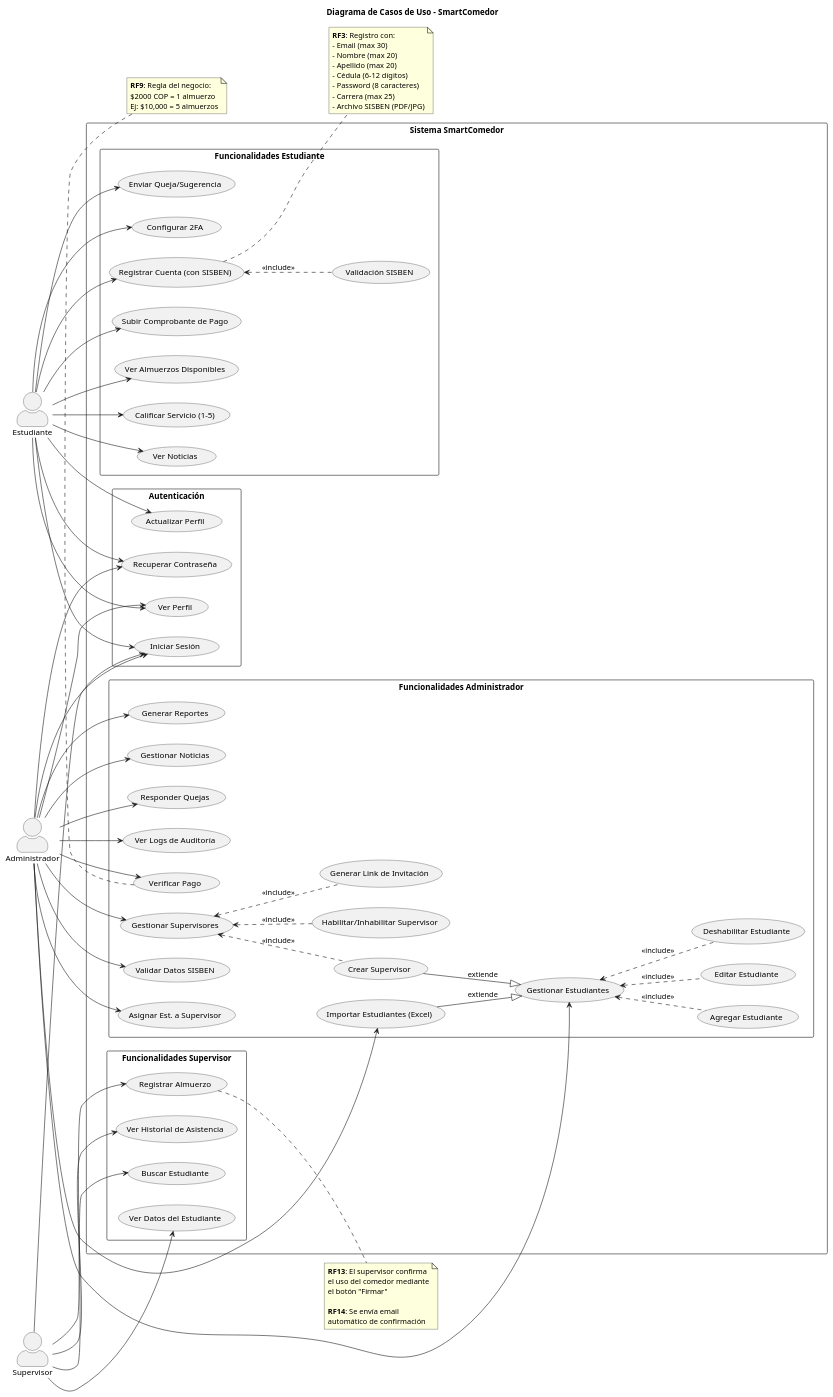
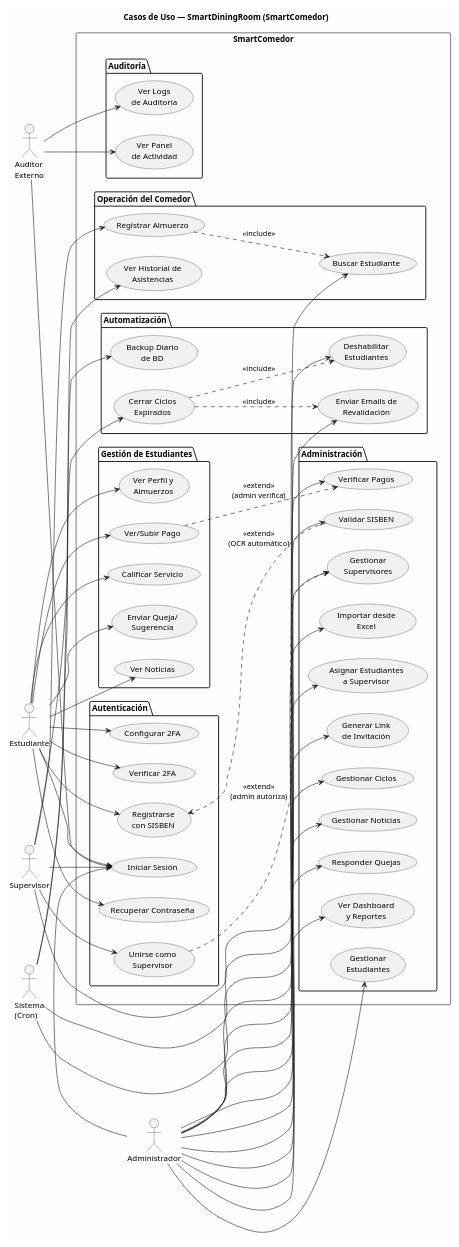
The diagram in diagrams/use-cases.puml (astivens/SmartDinningRoom), drawn with PlantUML before and after one commit. The commit also changed 593 other files, not shown here.

```diff
--- a/diagrams/use-cases.puml
+++ b/diagrams/use-cases.puml
@@ -1,144 +1,123 @@
-@startuml
-title Diagrama de Casos de Uso - SmartComedor
+@startuml use-cases
+skinparam monochrome false
+skinparam backgroundColor #FEFEFE
+
+title Casos de Uso — SmartDiningRoom (SmartComedor)
 
 left to right direction
-skinparam actorStyle awesome
-skinparam packageStyle rectangle
 
-actor "Estudiante" as Student
-actor "Administrador" as Admin
-actor "Supervisor" as Supervisor
+actor Estudiante as Est
+actor Supervisor as Sup
+actor Administrador as Admin
+actor "Auditor\nExterno" as Aud
+actor "Sistema\n(Cron)" as Sys
 
-rectangle "Sistema SmartComedor" {
+rectangle "SmartComedor" {
 
-  ' ========================================
-  ' Casos de uso generales (todos los roles)
-  ' ========================================
+  ' ── Autenticación ──
   package "Autenticación" {
-    usecase "Iniciar Sesión" as UC1
-    usecase "Recuperar Contraseña" as UC2
-    usecase "Ver Perfil" as UC3
-    usecase "Actualizar Perfil" as UC4
+    (Registrarse\ncon SISBEN) as UC1
+    (Iniciar Sesión) as UC2
+    (Recuperar Contraseña) as UC3
+    (Configurar 2FA) as UC4
+    (Verificar 2FA) as UC5
+    (Unirse como\nSupervisor) as UC6
   }
 
-  ' ========================================
-  ' Casos de uso del Estudiante
-  ' ========================================
-  package "Funcionalidades Estudiante" {
-    usecase "Registrar Cuenta (con SISBEN)" as UC5
-    usecase "Validación SISBEN" as UC5a
-    usecase "Subir Comprobante de Pago" as UC6
-    usecase "Ver Almuerzos Disponibles" as UC7
-    usecase "Calificar Servicio (1-5)" as UC8
-    usecase "Ver Noticias" as UC9
-    usecase "Enviar Queja/Sugerencia" as UC10
-    usecase "Configurar 2FA" as UC11
+  ' ── Estudiantes ──
+  package "Gestión de Estudiantes" {
+    (Ver Perfil y\nAlmuerzos) as UC7
+    (Ver/Subir Pago) as UC8
+    (Calificar Servicio) as UC9
+    (Enviar Queja/\nSugerencia) as UC10
+    (Ver Noticias) as UC11
   }
 
-  ' ========================================
-  ' Casos de uso del Administrador
-  ' ========================================
-  package "Funcionalidades Administrador" {
-    usecase "Gestionar Supervisores" as UC12
-    usecase "Crear Supervisor" as UC12a
-    usecase "Habilitar/Inhabilitar Supervisor" as UC12b
-    usecase "Generar Link de Invitación" as UC12c
-    usecase "Importar Estudiantes (Excel)" as UC13
-    usecase "Gestionar Estudiantes" as UC14
-    usecase "Agregar Estudiante" as UC14a
-    usecase "Editar Estudiante" as UC14b
-    usecase "Deshabilitar Estudiante" as UC14c
-    usecase "Verificar Pago" as UC15
-    usecase "Validar Datos SISBEN" as UC16
-    usecase "Asignar Est. a Supervisor" as UC17
-    usecase "Generar Reportes" as UC18
-    usecase "Gestionar Noticias" as UC19
-    usecase "Responder Quejas" as UC20
-    usecase "Ver Logs de Auditoría" as UC21
+  ' ── Supervisor ──
+  package "Operación del Comedor" {
+    (Buscar Estudiante) as UC12
+    (Registrar Almuerzo) as UC13
+    (Ver Historial de\nAsistencias) as UC14
   }
 
-  ' ========================================
-  ' Casos de uso del Supervisor
-  ' ========================================
-  package "Funcionalidades Supervisor" {
-    usecase "Buscar Estudiante" as UC22
-    usecase "Ver Datos del Estudiante" as UC23
-    usecase "Registrar Almuerzo" as UC24
-    usecase "Ver Historial de Asistencia" as UC25
+  ' ── Admin ──
+  package "Administración" {
+    (Gestionar\nEstudiantes) as UC15
+    (Importar desde\nExcel) as UC16
+    (Gestionar\nSupervisores) as UC17
+    (Asignar Estudiantes\na Supervisor) as UC18
+    (Generar Link\nde Invitación) as UC19
+    (Verificar Pagos) as UC20
+    (Validar SISBEN) as UC21
+    (Gestionar Ciclos) as UC22
+    (Gestionar Noticias) as UC23
+    (Responder Quejas) as UC24
+    (Ver Dashboard\ny Reportes) as UC25
+  }
+
+  ' ── Auditoría ──
+  package "Auditoría" {
+    (Ver Logs\nde Auditoría) as UC26
+    (Ver Panel\nde Actividad) as UC27
+  }
+
+  ' ── Automatización ──
+  package "Automatización" {
+    (Cerrar Ciclos\nExpirados) as UC28
+    (Deshabilitar\nEstudiantes) as UC29
+    (Enviar Emails de\nRevalidación) as UC30
+    (Backup Diario\nde BD) as UC31
   }
 }
 
-' Relaciones Estudiante
-Student --> UC1
-Student --> UC2
-Student --> UC3
-Student --> UC4
-Student --> UC5
-UC5 <.. UC5a : <<include>>
-Student --> UC6
-Student --> UC7
-Student --> UC8
-Student --> UC9
-Student --> UC10
-Student --> UC11
+' ── Relaciones Actor → Casos de Uso ──
 
-' Relaciones Administrador
-Admin --> UC1
+Est --> UC1
+Est --> UC2
+Est --> UC3
+Est --> UC4
+Est --> UC5
+Est --> UC7
+Est --> UC8
+Est --> UC9
+Est --> UC10
+Est --> UC11
+
+Sup --> UC2
+Sup --> UC6
+Sup --> UC12
+Sup --> UC13
+Sup --> UC14
+
 Admin --> UC2
-Admin --> UC3
-Admin --> UC12
-UC12 <.. UC12a : <<include>>
-UC12 <.. UC12b : <<include>>
-UC12 <.. UC12c : <<include>>
-Admin --> UC13
-Admin --> UC14
-UC14 <.. UC14a : <<include>>
-UC14 <.. UC14b : <<include>>
-UC14 <.. UC14c : <<include>>
 Admin --> UC15
 Admin --> UC16
 Admin --> UC17
 Admin --> UC18
 Admin --> UC19
 Admin --> UC20
 Admin --> UC21
+Admin --> UC22
+Admin --> UC23
+Admin --> UC24
+Admin --> UC25
 
-' Relaciones Supervisor
-Supervisor --> UC1
-Supervisor --> UC22
-Supervisor --> UC23
-Supervisor --> UC24
-Supervisor --> UC25
+Aud --> UC2
+Aud --> UC26
+Aud --> UC27
 
-' Relaciones de generalización
-UC12a --|> UC14 : extiende
-UC13 --|> UC14 : extiende
+Sys --> UC28
+Sys --> UC29
+Sys --> UC30
+Sys --> UC31
 
-' Notas
-note right of UC5
-  **RF3**: Registro con:
-  - Email (max 30)
-  - Nombre (max 20)
-  - Apellido (max 20)
-  - Cédula (6-12 dígitos)
-  - Password (8 caracteres)
-  - Carrera (max 25)
-  - Archivo SISBEN (PDF/JPG)
-end note
+' ── Relaciones entre Casos de Uso ──
 
-note right of UC24
-  **RF13**: El supervisor confirma
-  el uso del comedor mediante
-  el botón "Firmar"
-  
-  **RF14**: Se envía email
-  automático de confirmación
-end note
-
-note bottom of UC15
-  **RF9**: Regla del negocio:
-  $2000 COP = 1 almuerzo
-  Ej: $10,000 = 5 almuerzos
-end note
+UC8 ..> UC20 : <<extend>>\n(admin verifica)
+UC21 ..> UC1 : <<extend>>\n(OCR automático)
+UC13 ..> UC12 : <<include>>
+UC28 ..> UC29 : <<include>>
+UC28 ..> UC30 : <<include>>
+UC6 ..> UC17 : <<extend>>\n(admin autoriza)
 
 @enduml
```
